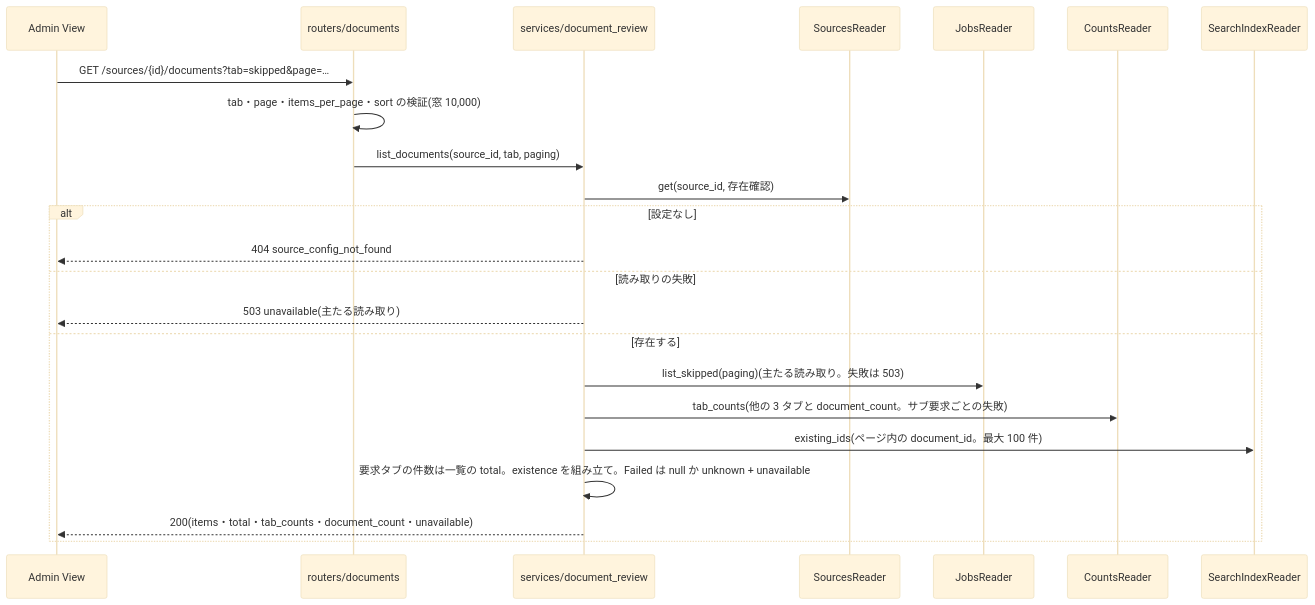
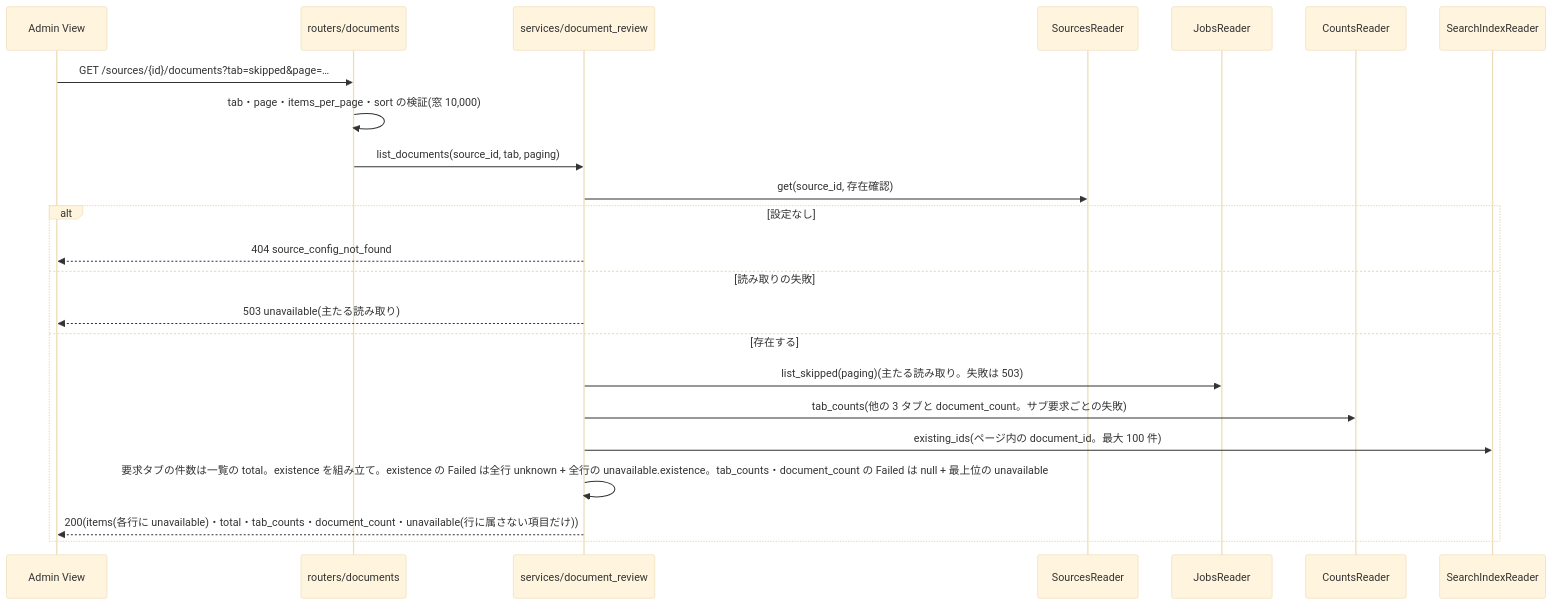
The eighth of 10 diagrams in docs/v0.x/system-design/api/admin/admin-api-module-structure-v0.1.md (yfujita/loreley), drawn with Mermaid (base theme) before and after one commit. The commit also changed other lines of this file and 9 other files, not shown here.

````diff
--- a/docs/v0.x/system-design/api/admin/admin-api-module-structure-v0.1.md
+++ b/docs/v0.x/system-design/api/admin/admin-api-module-structure-v0.1.md
@@ -582,26 +582,26 @@
 ```mermaid
 sequenceDiagram
     participant UI as Admin View
     participant router as routers/documents
     participant svc as services/document_review
     participant src as SourcesReader
     participant jobs as JobsReader
     participant cnt as CountsReader
     participant idx as SearchIndexReader
 
     UI->>router: GET /sources/{id}/documents?tab=skipped&page=…
     router->>router: tab・page・items_per_page・sort の検証(窓 10,000)
     router->>svc: list_documents(source_id, tab, paging)
     svc->>src: get(source_id, 存在確認)
     alt 設定なし
         svc-->>UI: 404 source_config_not_found
     else 読み取りの失敗
         svc-->>UI: 503 unavailable(主たる読み取り)
     else 存在する
         svc->>jobs: list_skipped(paging)(主たる読み取り。失敗は 503)
         svc->>cnt: tab_counts(他の 3 タブと document_count。サブ要求ごとの失敗)
         svc->>idx: existing_ids(ページ内の document_id。最大 100 件)
-        svc->>svc: 要求タブの件数は一覧の total。existence を組み立て。Failed は null か unknown + unavailable
-        svc-->>UI: 200(items・total・tab_counts・document_count・unavailable)
+        svc->>svc: 要求タブの件数は一覧の total。existence を組み立て。existence の Failed は全行 unknown + 全行の unavailable.existence。tab_counts・document_count の Failed は null + 最上位の unavailable
+        svc-->>UI: 200(items(各行に unavailable)・total・tab_counts・document_count・unavailable(行に属さない項目だけ))
     end
 ```
````
